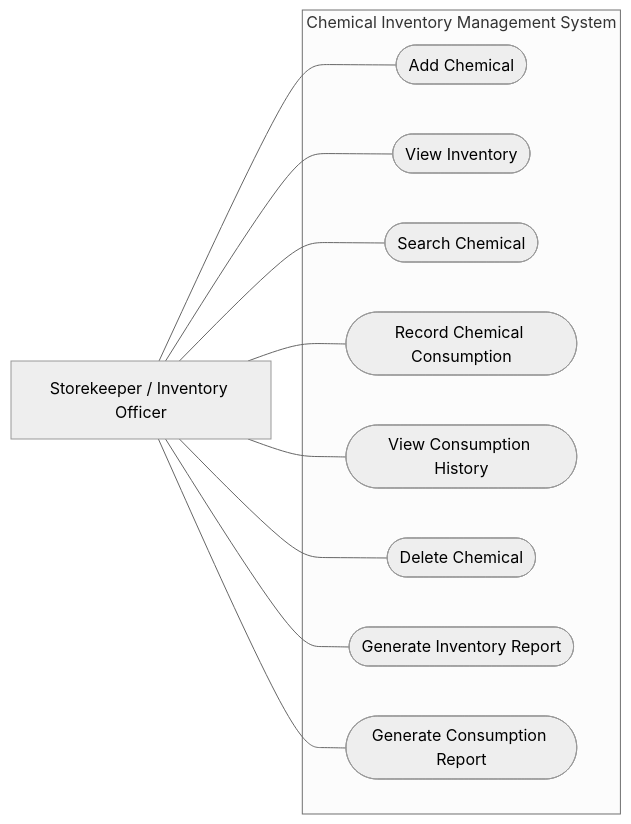
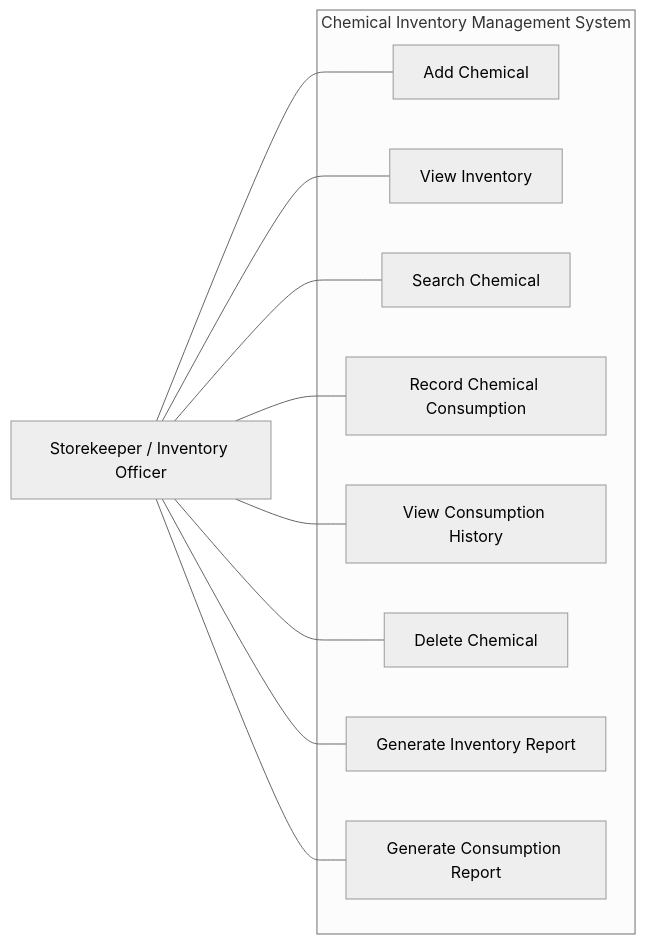
One commit to shahidul48/Chemical-Inventory-Management-System changed the diagram in Documentation/08_Use_Case_Diagram.md. Above: the diagram before and after it, drawn with Mermaid (neutral theme).

Commit message:
Fix use case diagram rendering

````diff
--- a/Documentation/08_Use_Case_Diagram.md
+++ b/Documentation/08_Use_Case_Diagram.md
@@ -15,24 +15,24 @@
 ```mermaid
 flowchart LR
-    Actor["Storekeeper / Inventory Officer"]
+    A["Storekeeper / Inventory Officer"]
 
-    subgraph System["Chemical Inventory Management System"]
-        UC1([Add Chemical])
-        UC2([View Inventory])
-        UC3([Search Chemical])
-        UC4([Record Chemical Consumption])
-        UC5([View Consumption History])
-        UC6([Delete Chemical])
-        UC7([Generate Inventory Report])
-        UC8([Generate Consumption Report])
+    subgraph S["Chemical Inventory Management System"]
+        B["Add Chemical"]
+        C["View Inventory"]
+        D["Search Chemical"]
+        E["Record Chemical Consumption"]
+        F["View Consumption History"]
+        G["Delete Chemical"]
+        H["Generate Inventory Report"]
+        I["Generate Consumption Report"]
     end
 
-    Actor --- UC1
-    Actor --- UC2
-    Actor --- UC3
-    Actor --- UC4
-    Actor --- UC5
-    Actor --- UC6
-    Actor --- UC7
-    Actor --- UC8
+    A --- B
+    A --- C
+    A --- D
+    A --- E
+    A --- F
+    A --- G
+    A --- H
+    A --- I
 ```
````
